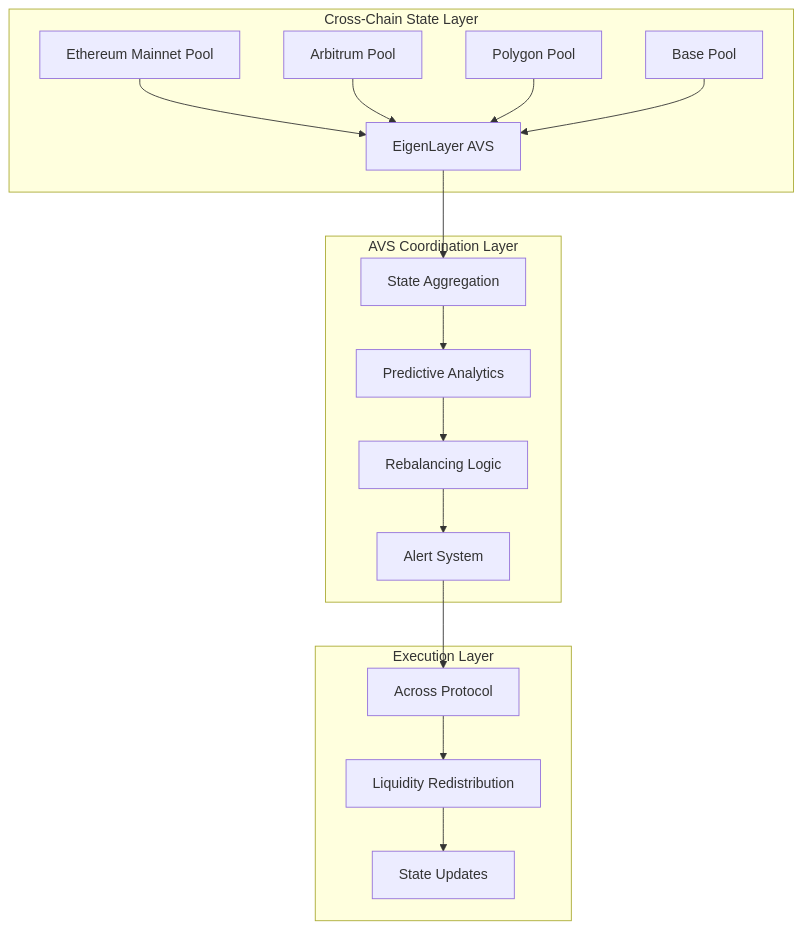
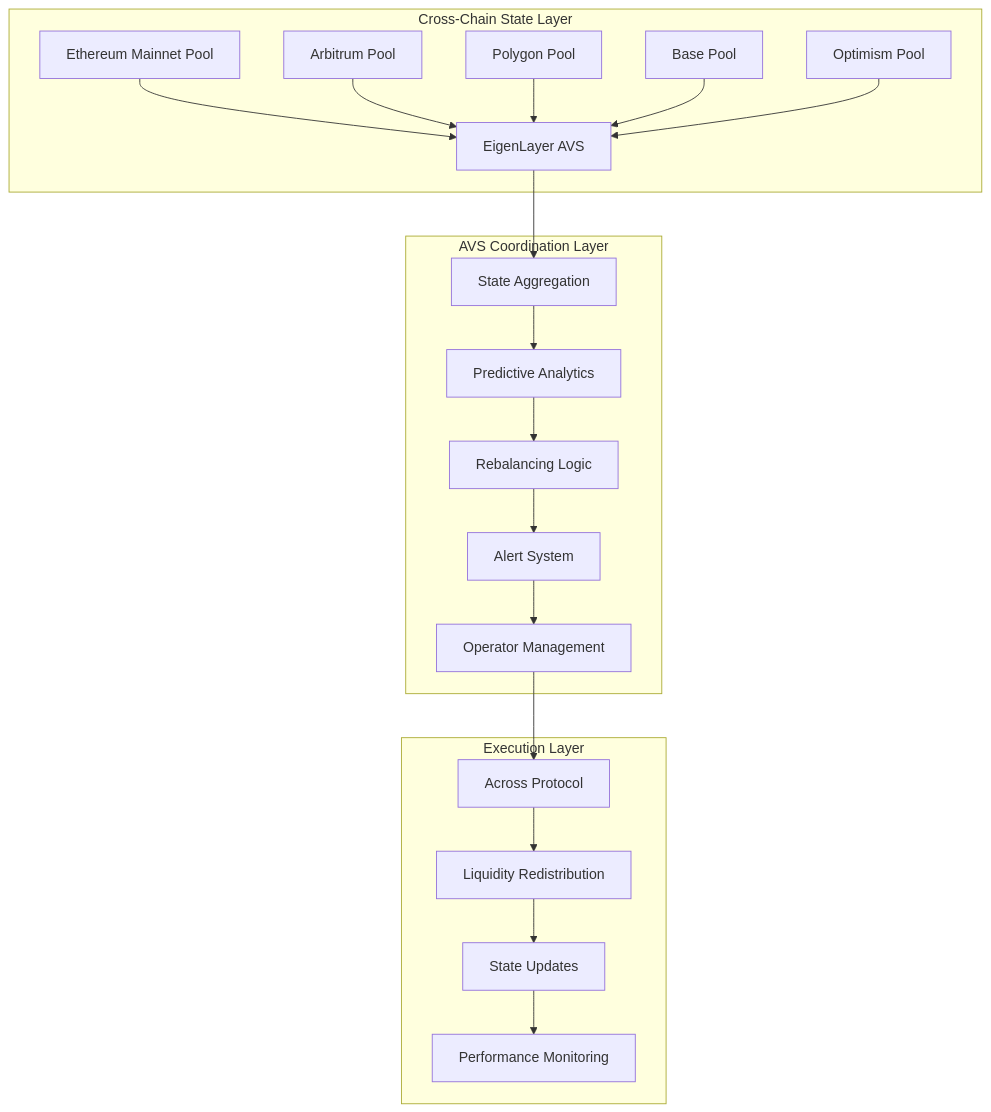
The first of 2 diagrams in README.md (Najnomics/SyncHook), drawn with Mermaid before and after one commit. The commit also changed other lines of this file and 12 other files, not shown here.

````diff
--- a/README.md
+++ b/README.md
@@ -45,22 +57,25 @@
 ```mermaid
 graph TB
     subgraph "Cross-Chain State Layer"
         A[Ethereum Mainnet Pool] --> D[EigenLayer AVS]
         B[Arbitrum Pool] --> D
         C[Polygon Pool] --> D
         E[Base Pool] --> D
+        F[Optimism Pool] --> D
     end
     
     subgraph "AVS Coordination Layer" 
-        D --> F[State Aggregation]
-        F --> G[Predictive Analytics]
-        G --> H[Rebalancing Logic]
-        H --> I[Alert System]
+        D --> G[State Aggregation]
+        G --> H[Predictive Analytics]
+        H --> I[Rebalancing Logic]
+        I --> J[Alert System]
+        J --> K[Operator Management]
     end
     
     subgraph "Execution Layer"
-        I --> J[Across Protocol]
-        J --> K[Liquidity Redistribution]
-        K --> L[State Updates]
+        K --> L[Across Protocol]
+        L --> M[Liquidity Redistribution]
+        M --> N[State Updates]
+        N --> O[Performance Monitoring]
     end
 ```
````
